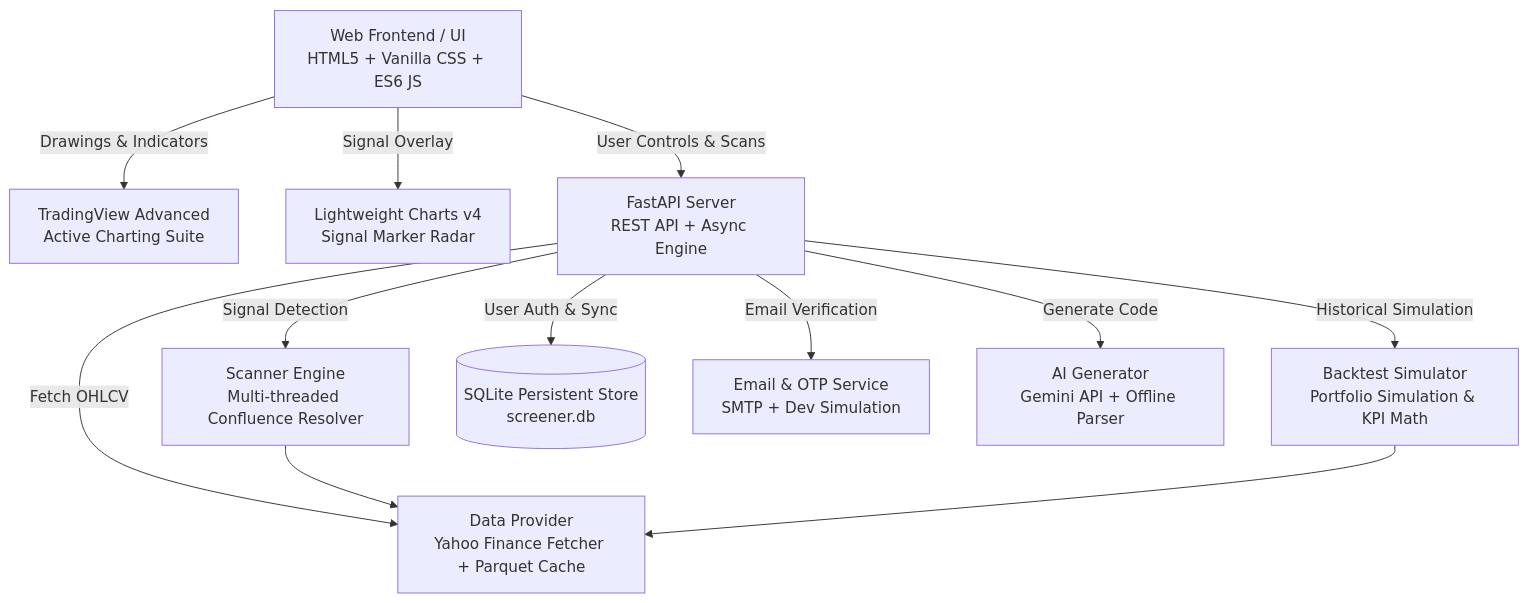
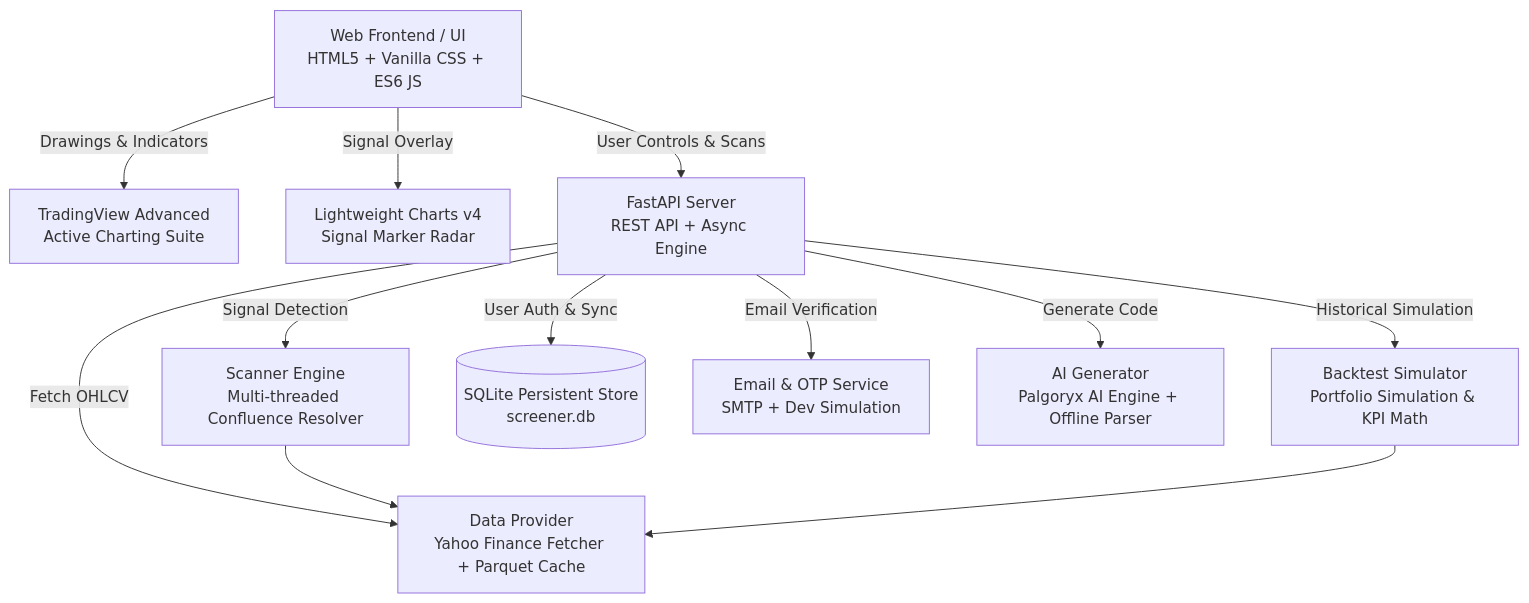
Before and after one commit to ShadowGhost-hacker/TradingStratergyScreanner: the diagram in README.md, drawn with Mermaid. The commit also changed other lines of this file and 39 other files, not shown here.

````diff
--- a/README.md
+++ b/README.md
@@ -81,25 +82,25 @@
 ```mermaid
 graph TD
     Client[Web Frontend / UI<br>HTML5 + Vanilla CSS + ES6 JS]
     TVWidget[TradingView Advanced<br>Active Charting Suite]
     LWCharts[Lightweight Charts v4<br>Signal Marker Radar]
     FastAPI[FastAPI Server<br>REST API + Async Engine]
     Scanner[Scanner Engine<br>Multi-threaded Confluence Resolver]
     Backtester[Backtest Simulator<br>Portfolio Simulation & KPI Math]
     DataProvider[Data Provider<br>Yahoo Finance Fetcher + Parquet Cache]
     DB[(SQLite Persistent Store<br>screener.db)]
     EmailSvc[Email & OTP Service<br>SMTP + Dev Simulation]
-    AIEngine[AI Generator<br>Gemini API + Offline Parser]
+    AIEngine[AI Generator<br>Palgoryx AI Engine + Offline Parser]
 
     Client -->|User Controls & Scans| FastAPI
     Client -->|Drawings & Indicators| TVWidget
     Client -->|Signal Overlay| LWCharts
     FastAPI -->|Signal Detection| Scanner
     FastAPI -->|Historical Simulation| Backtester
     FastAPI -->|Fetch OHLCV| DataProvider
     FastAPI -->|User Auth & Sync| DB
     FastAPI -->|Email Verification| EmailSvc
     FastAPI -->|Generate Code| AIEngine
     Scanner --> DataProvider
     Backtester --> DataProvider
 ```
````
